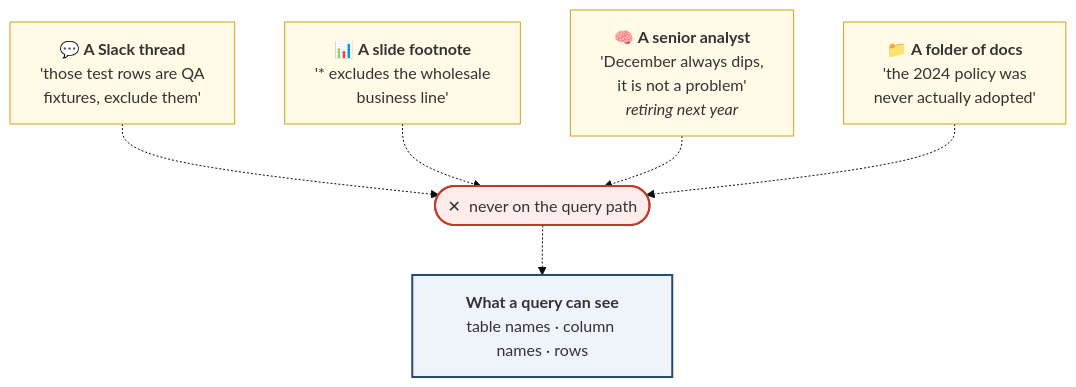
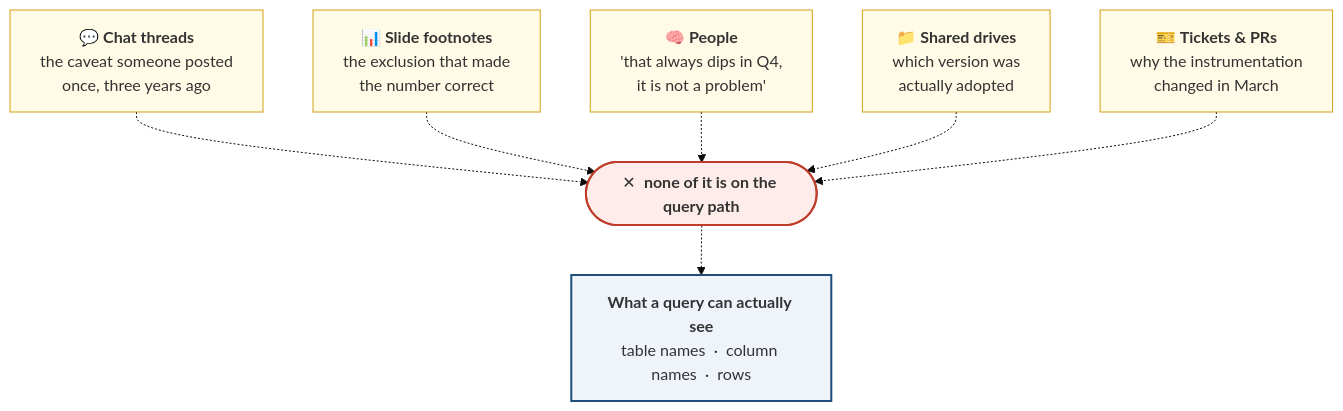
One commit to benkohcc/semantic-layer-for-ai-agents changed the first of 3 diagrams in README.md. Above: the diagram before and after it, drawn with Mermaid (base theme). The commit also changed other lines of this file, not shown here.

````diff
--- a/README.md
+++ b/README.md
@@ -33,21 +52,24 @@
 ```mermaid
 flowchart TB
-    K1["💬 <b>A Slack thread</b><br/>'those test rows are QA<br/>fixtures, exclude them'"]
-    K2["📊 <b>A slide footnote</b><br/>'* excludes the wholesale<br/>business line'"]
-    K3["🧠 <b>A senior analyst</b><br/>'December always dips,<br/>it is not a problem'<br/><i>retiring next year</i>"]
-    K4["📁 <b>A folder of docs</b><br/>'the 2024 policy was<br/>never actually adopted'"]
+    K1["💬 <b>Chat threads</b><br/>the caveat someone posted<br/>once, three years ago"]
+    K2["📊 <b>Slide footnotes</b><br/>the exclusion that made<br/>the number correct"]
+    K3["🧠 <b>People</b><br/>'that always dips in Q4,<br/>it is not a problem'"]
+    K4["📁 <b>Shared drives</b><br/>which version was<br/>actually adopted"]
+    K5["🎫 <b>Tickets &amp; PRs</b><br/>why the instrumentation<br/>changed in March"]
 
-    K1 -.-> X(["✕ &nbsp;never on the query path"])
+    K1 -.-> X(["✕ &nbsp;<b>none of it is on the query path</b>"])
     K2 -.-> X
     K3 -.-> X
     K4 -.-> X
+    K5 -.-> X
 
-    X -.-> S["<b>What a query can see</b><br/>table names · column names · rows"]
+    X -.-> S["<b>What a query can actually see</b><br/>table names &nbsp;·&nbsp; column names &nbsp;·&nbsp; rows"]
 
     style K1 fill:#fffbe6,stroke:#d4a017
     style K2 fill:#fffbe6,stroke:#d4a017
     style K3 fill:#fffbe6,stroke:#d4a017
     style K4 fill:#fffbe6,stroke:#d4a017
+    style K5 fill:#fffbe6,stroke:#d4a017
     style X fill:#fdecea,stroke:#be3d2a,stroke-width:2px
     style S fill:#eef4fa,stroke:#1e4e79,stroke-width:2px
 ```
````
